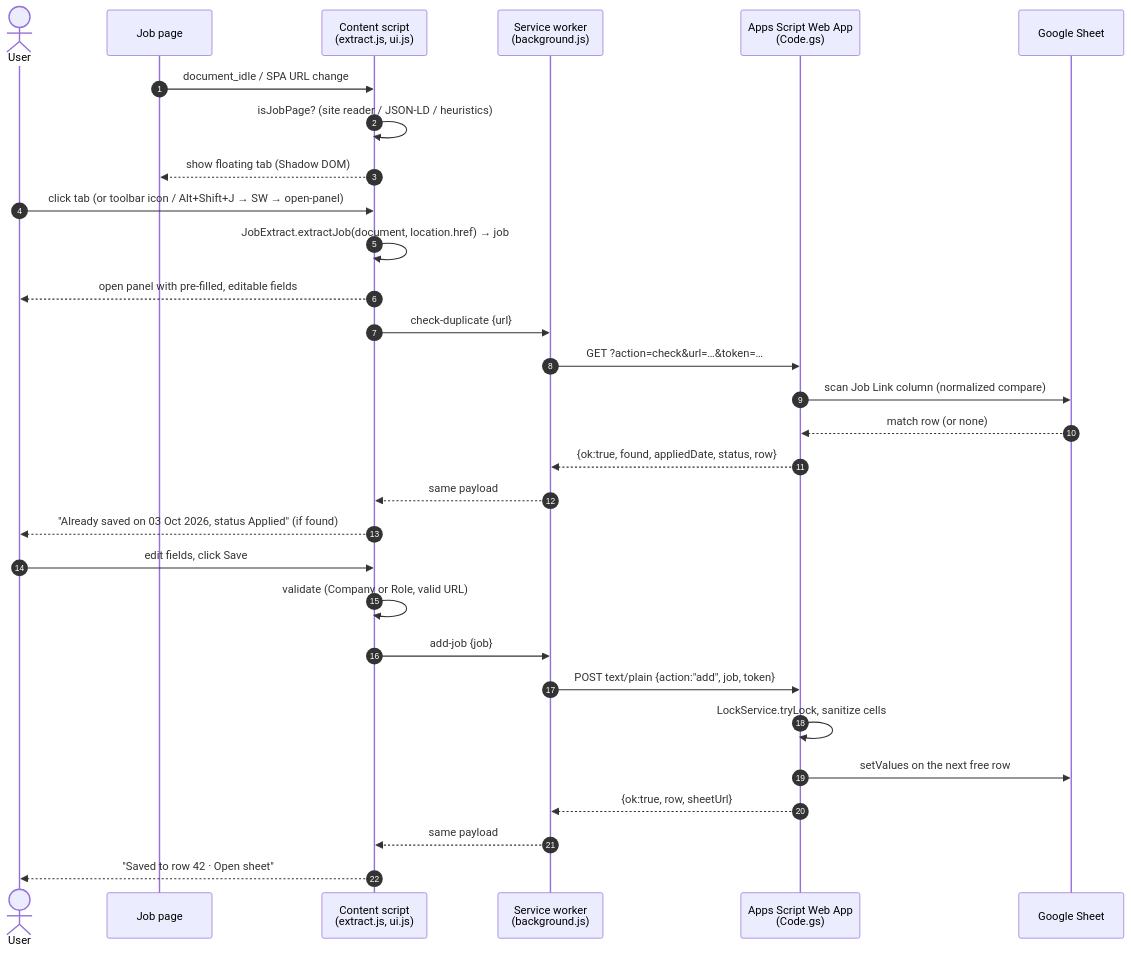
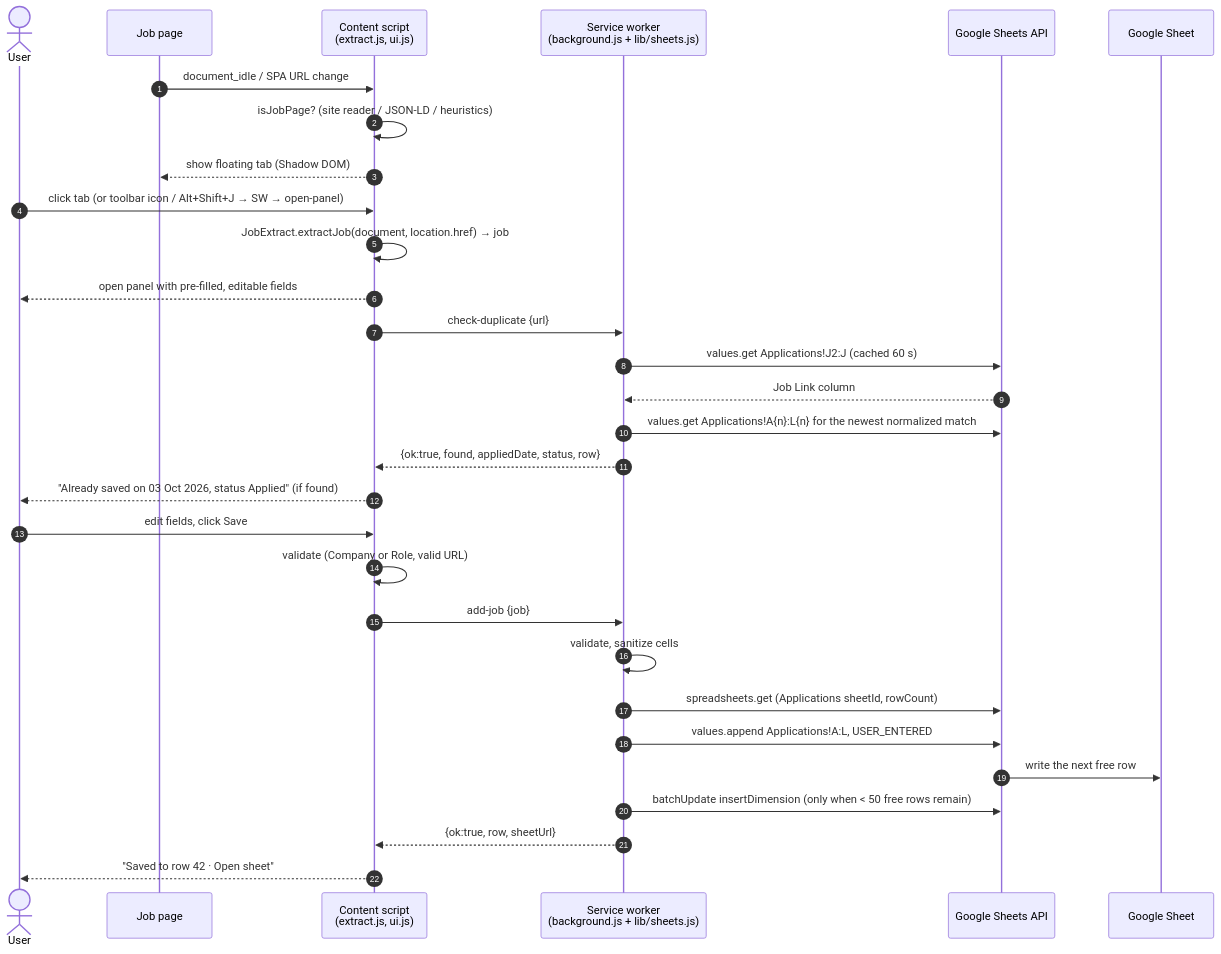
The first of 2 diagrams in docs/ARCHITECTURE.md (piyushd12/job-application-tracker), drawn with Mermaid before and after one commit. The commit also changed other lines of this file and 3 other files, not shown here.

Commit message:
docs: rewrite readme and architecture for direct sheets access

````diff
--- a/docs/ARCHITECTURE.md
+++ b/docs/ARCHITECTURE.md
@@ -54,33 +57,33 @@
 ```mermaid
 sequenceDiagram
     autonumber
     actor U as User
     participant P as Job page
     participant CS as Content script<br/>(extract.js, ui.js)
-    participant SW as Service worker<br/>(background.js)
-    participant AS as Apps Script Web App<br/>(Code.gs)
+    participant SW as Service worker<br/>(background.js + lib/sheets.js)
+    participant G as Google Sheets API
     participant S as Google Sheet
 
     P->>CS: document_idle / SPA URL change
     CS->>CS: isJobPage? (site reader / JSON-LD / heuristics)
     CS-->>P: show floating tab (Shadow DOM)
     U->>CS: click tab (or toolbar icon / Alt+Shift+J → SW → open-panel)
     CS->>CS: JobExtract.extractJob(document, location.href) → job
     CS-->>U: open panel with pre-filled, editable fields
     CS->>SW: check-duplicate {url}
-    SW->>AS: GET ?action=check&url=…&token=…
-    AS->>S: scan Job Link column (normalized compare)
-    S-->>AS: match row (or none)
-    AS-->>SW: {ok:true, found, appliedDate, status, row}
-    SW-->>CS: same payload
+    SW->>G: values.get Applications!J2:J (cached 60 s)
+    G-->>SW: Job Link column
+    SW->>G: values.get Applications!A{n}:L{n} for the newest normalized match
+    SW-->>CS: {ok:true, found, appliedDate, status, row}
     CS-->>U: "Already saved on 03 Oct 2026, status Applied" (if found)
     U->>CS: edit fields, click Save
     CS->>CS: validate (Company or Role, valid URL)
     CS->>SW: add-job {job}
-    SW->>AS: POST text/plain {action:"add", job, token}
-    AS->>AS: LockService.tryLock, sanitize cells
-    AS->>S: setValues on the next free row
-    AS-->>SW: {ok:true, row, sheetUrl}
-    SW-->>CS: same payload
+    SW->>SW: validate, sanitize cells
+    SW->>G: spreadsheets.get (Applications sheetId, rowCount)
+    SW->>G: values.append Applications!A:L, USER_ENTERED
+    G->>S: write the next free row
+    SW->>G: batchUpdate insertDimension (only when < 50 free rows remain)
+    SW-->>CS: {ok:true, row, sheetUrl}
     CS-->>U: "Saved to row 42 · Open sheet"
 ```
````
